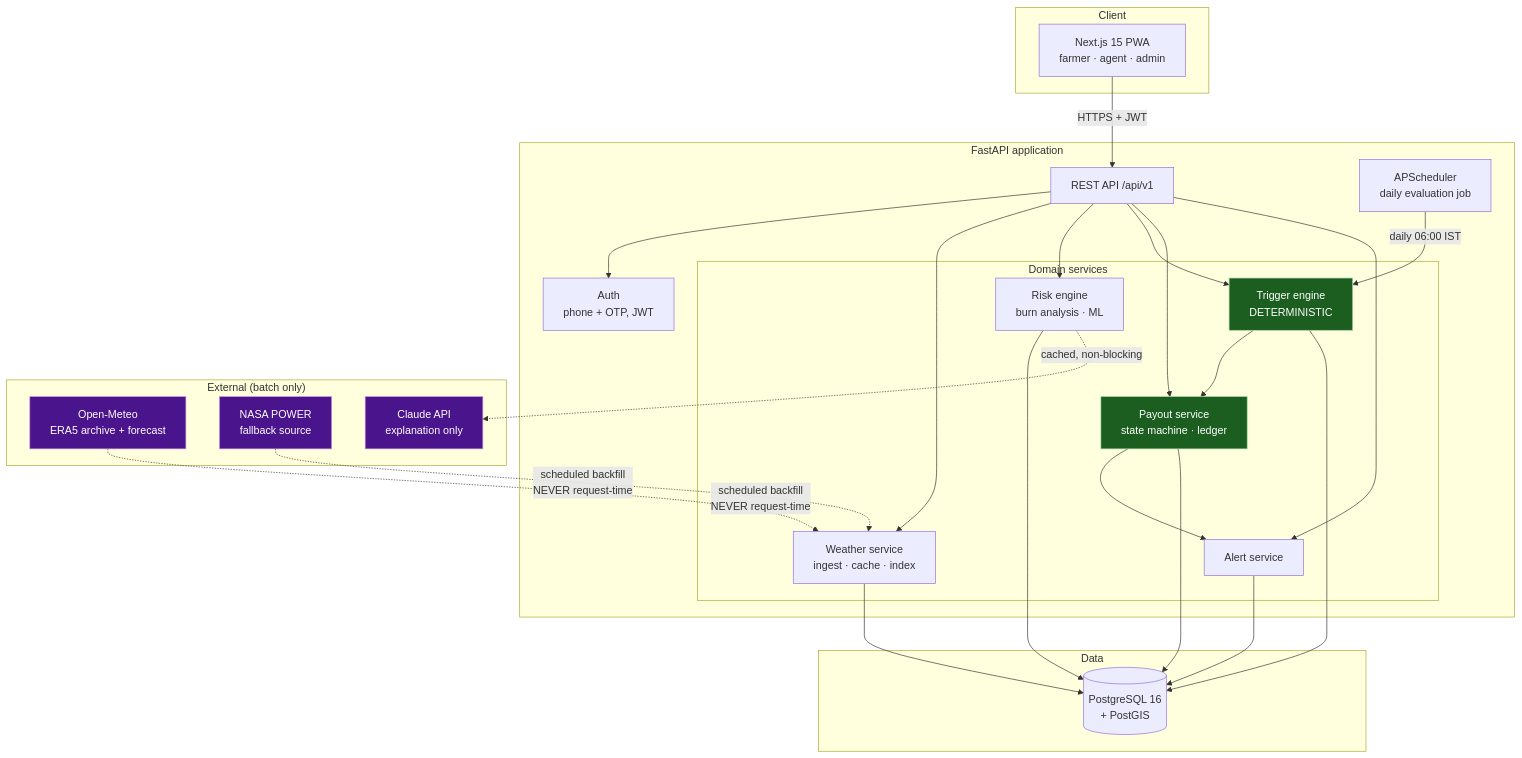
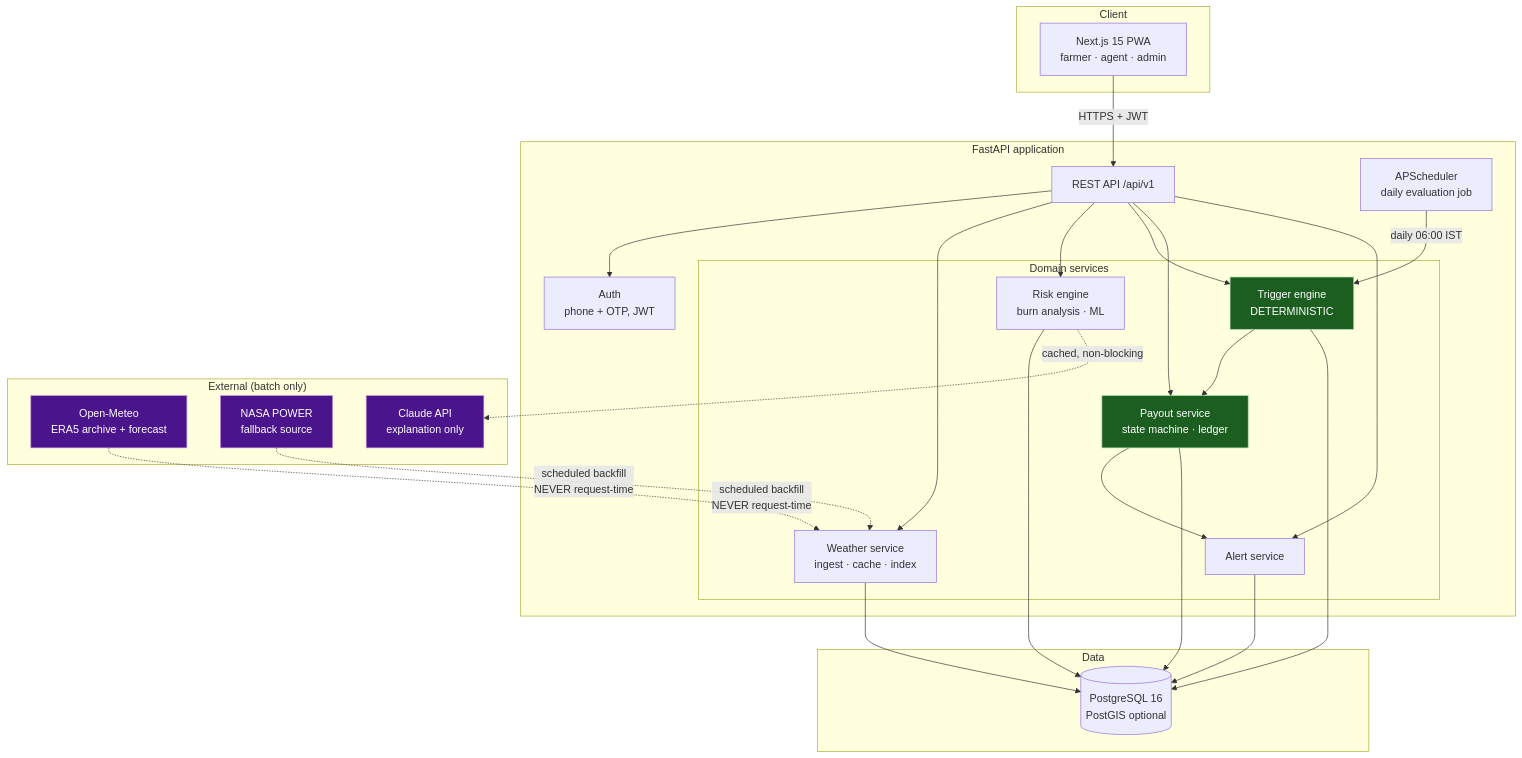
One commit to AkhileshSelvan/climate-shield changed the diagram in docs/01-architecture.md. Above: the diagram before and after it, drawn with Mermaid. The commit also changed other lines of this file and 8 other files, not shown here.

````diff
--- a/docs/01-architecture.md
+++ b/docs/01-architecture.md
@@ -24,42 +33,42 @@
 ```mermaid
 graph TB
     subgraph client["Client"]
         WEB["Next.js 15 PWA<br/>farmer · agent · admin"]
     end
 
     subgraph api["FastAPI application"]
         AUTH["Auth<br/>phone + OTP, JWT"]
         REST["REST API /api/v1"]
         subgraph svc["Domain services"]
             WX["Weather service<br/>ingest · cache · index"]
             RISK["Risk engine<br/>burn analysis · ML"]
             TRIG["Trigger engine<br/>DETERMINISTIC"]
             PAY["Payout service<br/>state machine · ledger"]
             NOTIF["Alert service"]
         end
         SCHED["APScheduler<br/>daily evaluation job"]
     end
 
     subgraph data["Data"]
-        PG[("PostgreSQL 16<br/>+ PostGIS")]
+        PG[("PostgreSQL 16<br/>PostGIS optional")]
     end
 
     subgraph ext["External (batch only)"]
         OM["Open-Meteo<br/>ERA5 archive + forecast"]
         NASA["NASA POWER<br/>fallback source"]
         LLM["Claude API<br/>explanation only"]
     end
 
     WEB -->|HTTPS + JWT| REST
     REST --> AUTH & WX & RISK & TRIG & PAY & NOTIF
     SCHED -->|"daily 06:00 IST"| TRIG
     TRIG --> PAY --> NOTIF
     WX & RISK & TRIG & PAY & NOTIF --> PG
     OM & NASA -.->|"scheduled backfill<br/>NEVER request-time"| WX
     RISK -.->|"cached, non-blocking"| LLM
 
     classDef det fill:#1b5e20,stroke:#a5d6a7,color:#fff
     classDef extn fill:#4a148c,stroke:#ce93d8,color:#fff
     class TRIG,PAY det
     class OM,NASA,LLM extn
 ```
````
